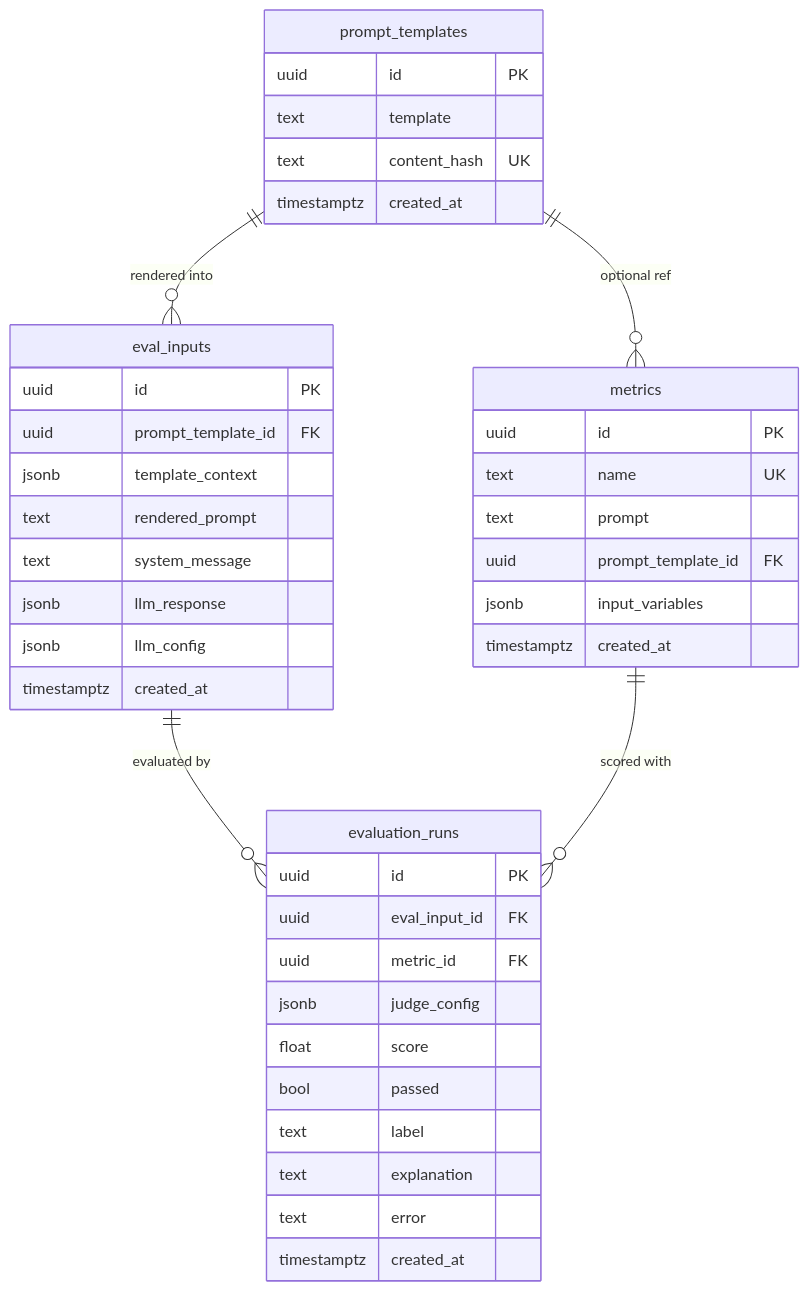
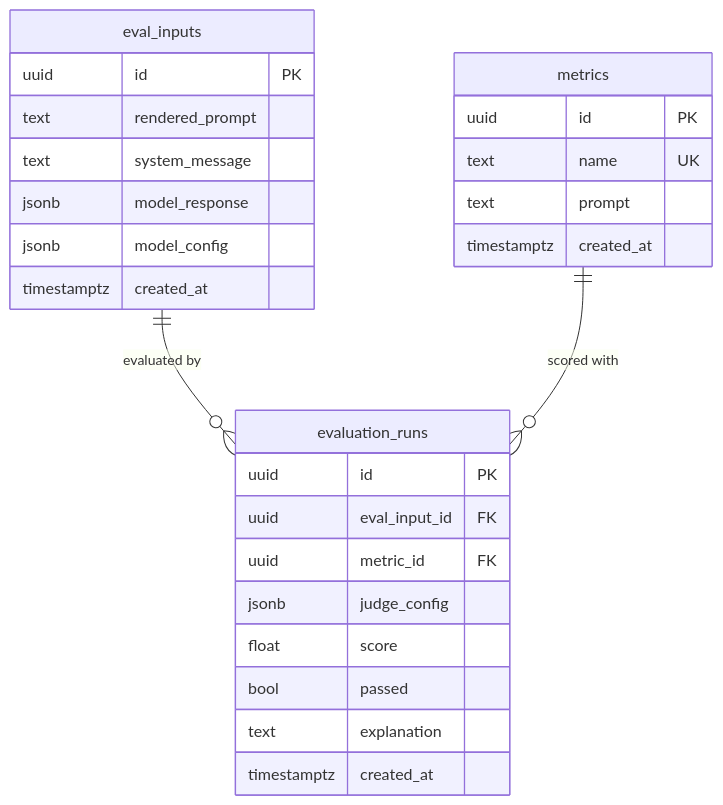
The diagram in README.md (DimitarAtanassov/arc-eval-service), drawn with Mermaid before and after one commit. The commit also changed other lines of this file and 13 other files, not shown here.

````diff
--- a/README.md
+++ b/README.md
@@ -65,44 +56,30 @@
 ```mermaid
 erDiagram
-    prompt_templates ||--o{ eval_inputs : "rendered into"
-    prompt_templates ||--o{ metrics : "optional ref"
     eval_inputs ||--o{ evaluation_runs : "evaluated by"
     metrics ||--o{ evaluation_runs : "scored with"
 
-    prompt_templates {
-        uuid id PK
-        text template
-        text content_hash UK
-        timestamptz created_at
-    }
     eval_inputs {
         uuid id PK
-        uuid prompt_template_id FK
-        jsonb template_context
         text rendered_prompt
         text system_message
-        jsonb llm_response
-        jsonb llm_config
+        jsonb model_response
+        jsonb model_config
         timestamptz created_at
     }
     metrics {
         uuid id PK
         text name UK
         text prompt
-        uuid prompt_template_id FK
-        jsonb input_variables
         timestamptz created_at
     }
     evaluation_runs {
         uuid id PK
         uuid eval_input_id FK
         uuid metric_id FK
         jsonb judge_config
         float score
         bool passed
-        text label
         text explanation
-        text error
         timestamptz created_at
     }
 ```
````
